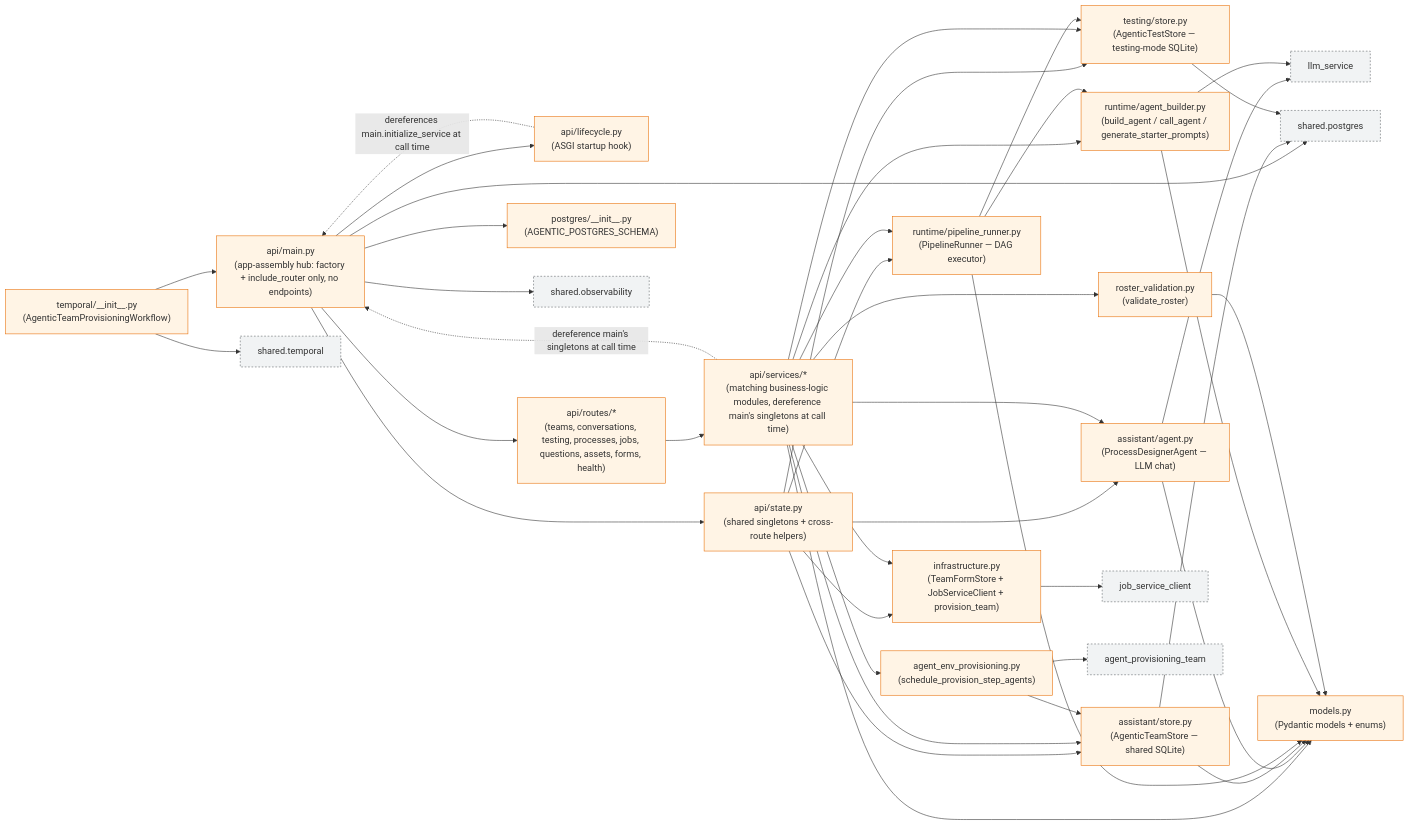
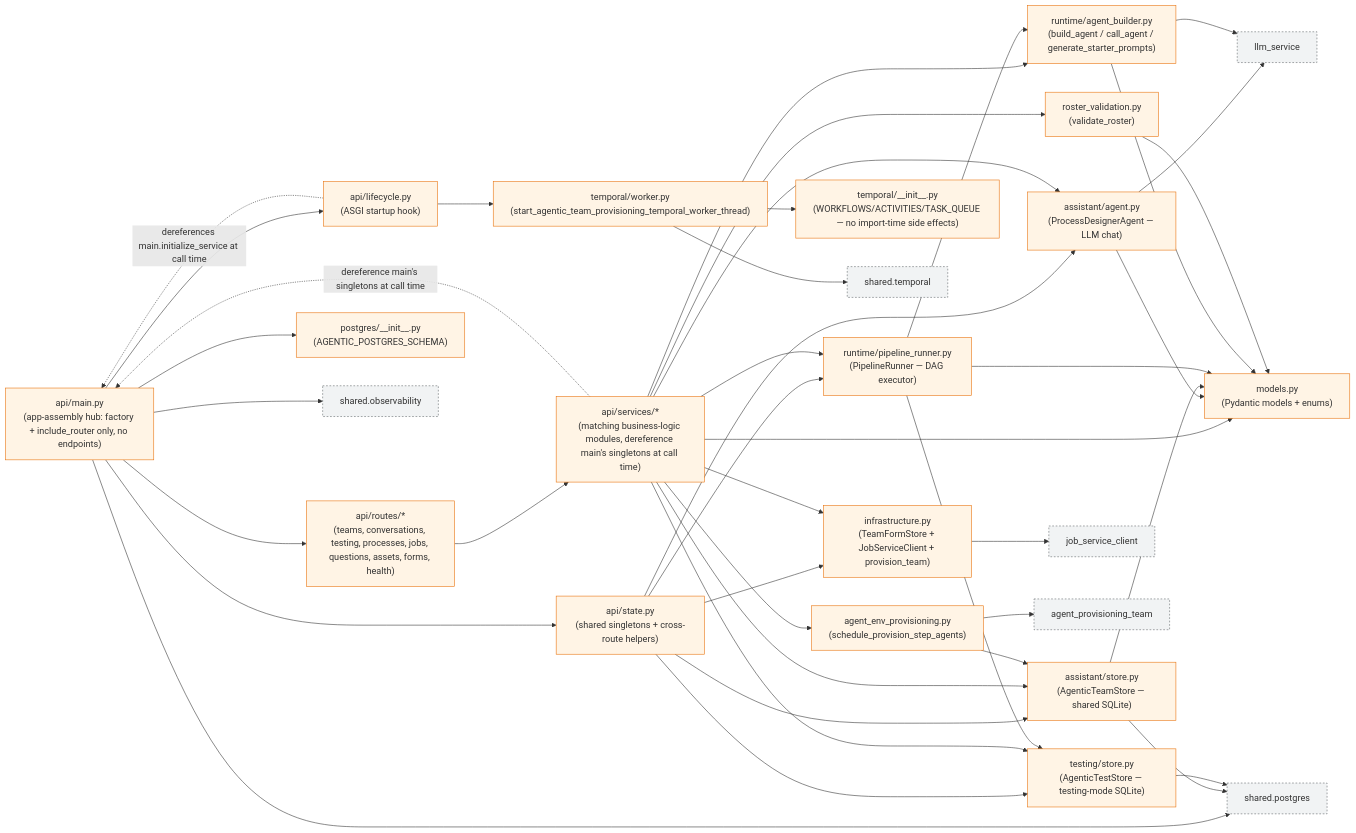
The first of 3 diagrams in backend/agents/agent_team_studio/agentic_team_provisioning/system_design/system_design.md (brandonkindred/Khala-Agentic-AI-Teams), drawn with Mermaid before and after one commit. The commit also changed other lines of this file and 5 other files, not shown here.

````diff
--- a/backend/agents/agent_team_studio/agentic_team_provisioning/system_design/system_design.md
+++ b/backend/agents/agent_team_studio/agentic_team_provisioning/system_design/system_design.md
@@ -13,75 +13,77 @@
 ```mermaid
 graph LR
     main["api/main.py<br/>(app-assembly hub: factory + include_router only, no endpoints)"]
     state["api/state.py<br/>(shared singletons + cross-route helpers)"]
     lifecycle["api/lifecycle.py<br/>(ASGI startup hook)"]
     routes["api/routes/*<br/>(teams, conversations, testing, processes, jobs, questions, assets, forms, health)"]
     services["api/services/*<br/>(matching business-logic modules, dereference main's singletons at call time)"]
 
     %% Orchestrator internals
     agent["assistant/agent.py<br/>(ProcessDesignerAgent — LLM chat)"]
     store["assistant/store.py<br/>(AgenticTeamStore — shared SQLite)"]
     runner["runtime/pipeline_runner.py<br/>(PipelineRunner — DAG executor)"]
     builder["runtime/agent_builder.py<br/>(build_agent / call_agent / generate_starter_prompts)"]
     roster["roster_validation.py<br/>(validate_roster)"]
     envprov["agent_env_provisioning.py<br/>(schedule_provision_step_agents)"]
     infra["infrastructure.py<br/>(TeamFormStore + JobServiceClient + provision_team)"]
     models["models.py<br/>(Pydantic models + enums)"]
     test_store["testing/store.py<br/>(AgenticTestStore — testing-mode SQLite)"]
 
     %% Shared / external
     pg["postgres/__init__.py<br/>(AGENTIC_POSTGRES_SCHEMA)"]
-    tmp["temporal/__init__.py<br/>(AgenticTeamProvisioningWorkflow)"]
+    tmp["temporal/__init__.py<br/>(WORKFLOWS/ACTIVITIES/TASK_QUEUE — no import-time side effects)"]
+    tmpworker["temporal/worker.py<br/>(start_agentic_team_provisioning_temporal_worker_thread)"]
     llm["llm_service"]
     shared_pg["shared.postgres"]
     shared_tmp["shared.temporal"]
     shared_obs["shared.observability"]
     jsc["job_service_client"]
     apt["agent_provisioning_team"]
 
     main --> state
     main --> lifecycle
     main --> pg
     main --> shared_obs
     main --> shared_pg
     main --> routes
     state --> store
     state --> agent
     state --> test_store
     state --> runner
     state --> infra
     lifecycle -.->|dereferences main.initialize_service at call time| main
     routes --> services
     services -.->|dereference main's singletons at call time| main
     services --> agent
     services --> store
     services --> runner
     services --> builder
     services --> roster
     services --> envprov
     services --> infra
     services --> models
     services --> test_store
 
     agent --> llm
     agent --> models
     store --> models
     store --> shared_pg
     runner --> builder
     runner --> test_store
     runner --> models
     builder --> llm
     builder --> models
     roster --> models
     envprov --> store
     envprov --> apt
     infra --> jsc
     test_store --> shared_pg
-    tmp --> main
-    tmp --> shared_tmp
+    lifecycle --> tmpworker
+    tmpworker --> tmp
+    tmpworker --> shared_tmp
 
     classDef orchestrator fill:#fff4e5,stroke:#e8710a
     classDef external fill:#f1f3f4,stroke:#5f6368,stroke-dasharray: 3 3
-    class main,state,lifecycle,routes,services,agent,store,runner,builder,roster,envprov,infra,models,test_store,pg,tmp orchestrator
+    class main,state,lifecycle,routes,services,agent,store,runner,builder,roster,envprov,infra,models,test_store,pg,tmp,tmpworker orchestrator
     class llm,shared_pg,shared_tmp,shared_obs,jsc,apt external
 ```
````
